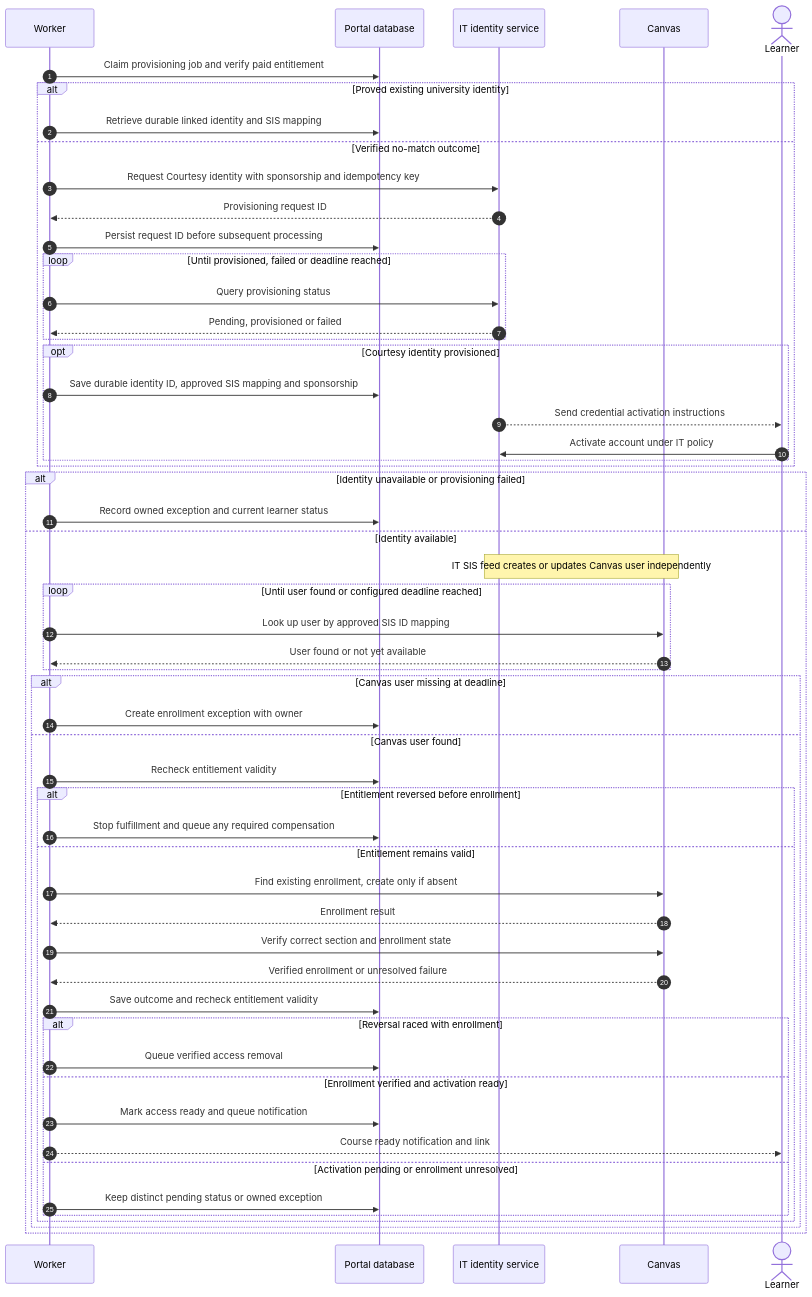
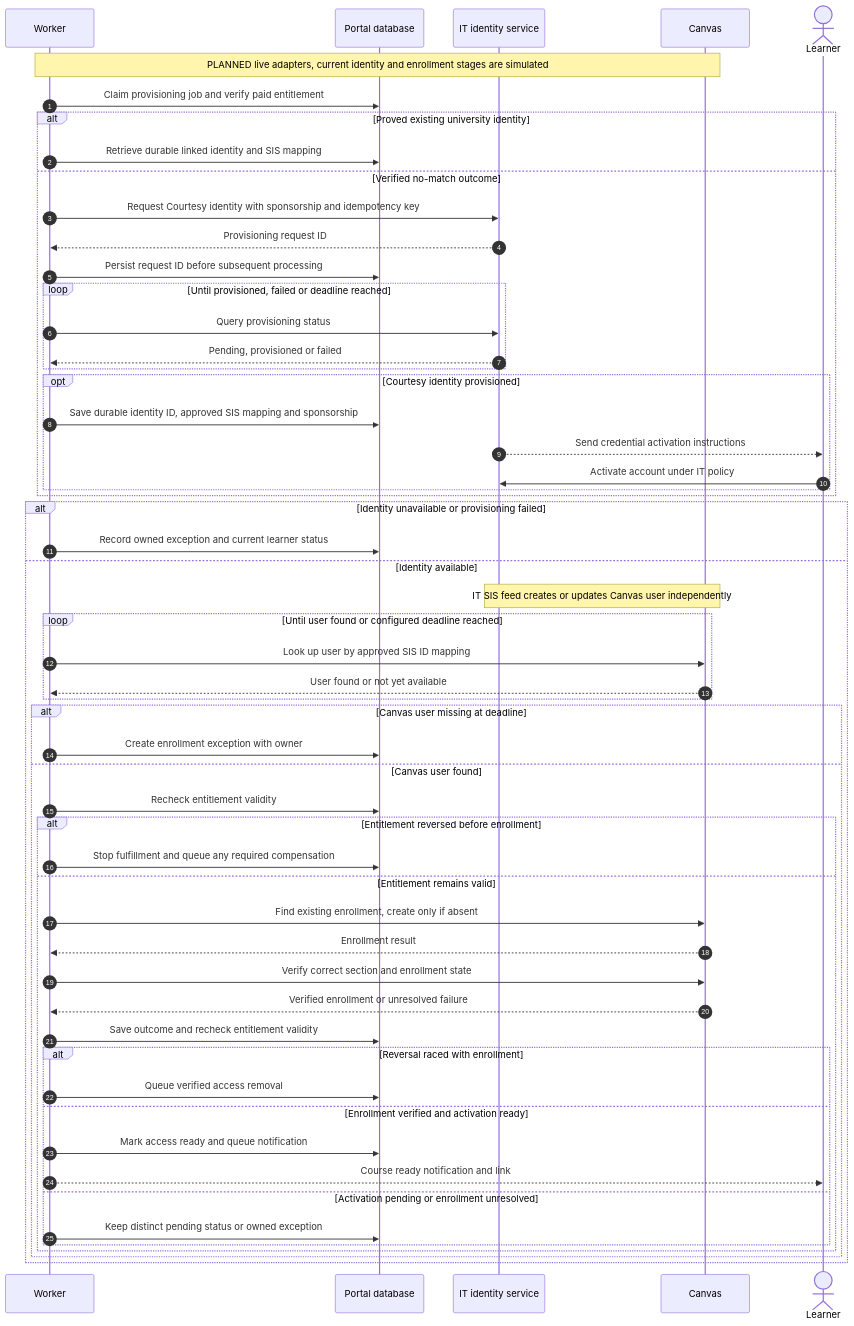
Before and after one commit to dr-grizz/Continuing-Education: the ninth of 14 diagrams in docs/implementation-plan.md, drawn with Mermaid. The commit also changed other lines of this file and 74 other files, not shown here.

````diff
--- a/docs/implementation-plan.md
+++ b/docs/implementation-plan.md
@@ -557,57 +683,58 @@
 ```mermaid
 sequenceDiagram
     autonumber
     participant Worker
     participant DB as Portal database
     participant Identity as IT identity service
     participant Canvas
     actor Learner
+    Note over Worker,Canvas: PLANNED live adapters, current identity and enrollment stages are simulated
     Worker->>DB: Claim provisioning job and verify paid entitlement
     alt Proved existing university identity
         Worker->>DB: Retrieve durable linked identity and SIS mapping
     else Verified no-match outcome
         Worker->>Identity: Request Courtesy identity with sponsorship and idempotency key
         Identity-->>Worker: Provisioning request ID
         Worker->>DB: Persist request ID before subsequent processing
         loop Until provisioned, failed or deadline reached
             Worker->>Identity: Query provisioning status
             Identity-->>Worker: Pending, provisioned or failed
         end
         opt Courtesy identity provisioned
             Worker->>DB: Save durable identity ID, approved SIS mapping and sponsorship
             Identity-->>Learner: Send credential activation instructions
             Learner->>Identity: Activate account under IT policy
         end
     end
     alt Identity unavailable or provisioning failed
         Worker->>DB: Record owned exception and current learner status
     else Identity available
         Note over Identity,Canvas: IT SIS feed creates or updates Canvas user independently
         loop Until user found or configured deadline reached
             Worker->>Canvas: Look up user by approved SIS ID mapping
             Canvas-->>Worker: User found or not yet available
         end
         alt Canvas user missing at deadline
             Worker->>DB: Create enrollment exception with owner
         else Canvas user found
             Worker->>DB: Recheck entitlement validity
             alt Entitlement reversed before enrollment
                 Worker->>DB: Stop fulfillment and queue any required compensation
             else Entitlement remains valid
                 Worker->>Canvas: Find existing enrollment, create only if absent
                 Canvas-->>Worker: Enrollment result
                 Worker->>Canvas: Verify correct section and enrollment state
                 Canvas-->>Worker: Verified enrollment or unresolved failure
                 Worker->>DB: Save outcome and recheck entitlement validity
                 alt Reversal raced with enrollment
                     Worker->>DB: Queue verified access removal
                 else Enrollment verified and activation ready
                     Worker->>DB: Mark access ready and queue notification
                     Worker-->>Learner: Course ready notification and link
                 else Activation pending or enrollment unresolved
                     Worker->>DB: Keep distinct pending status or owned exception
                 end
             end
         end
     end
 ```
````
